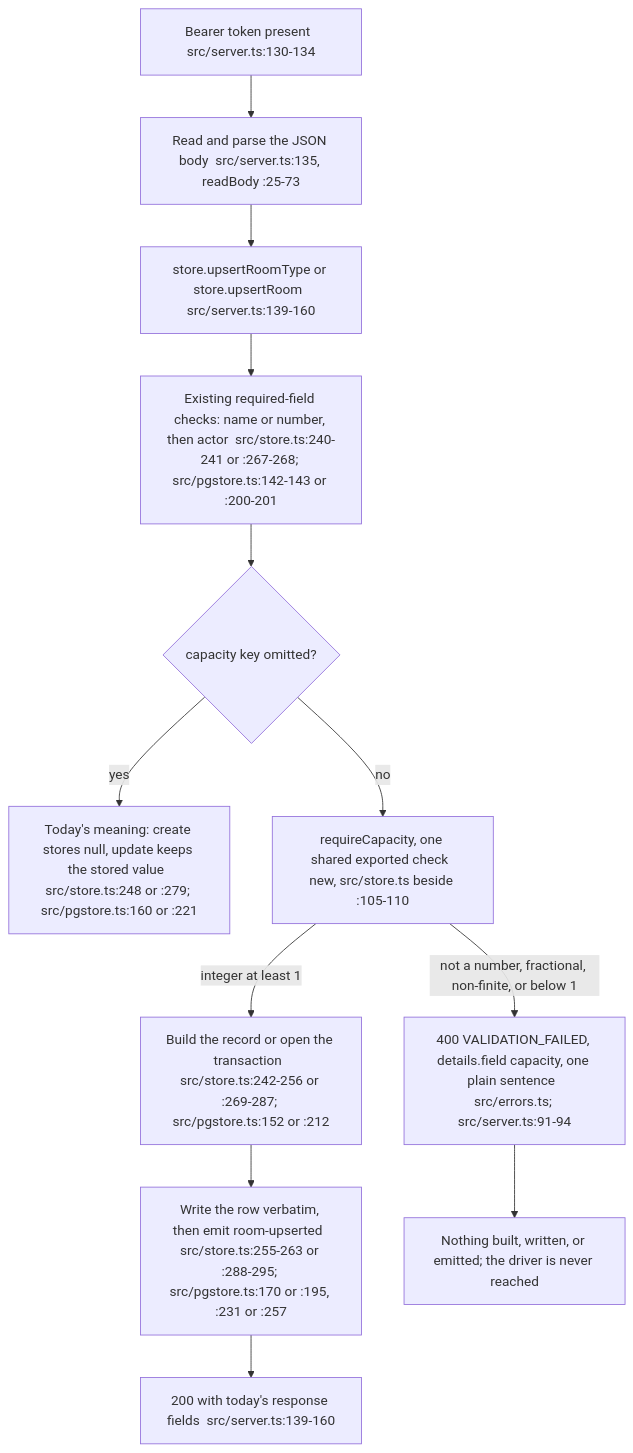
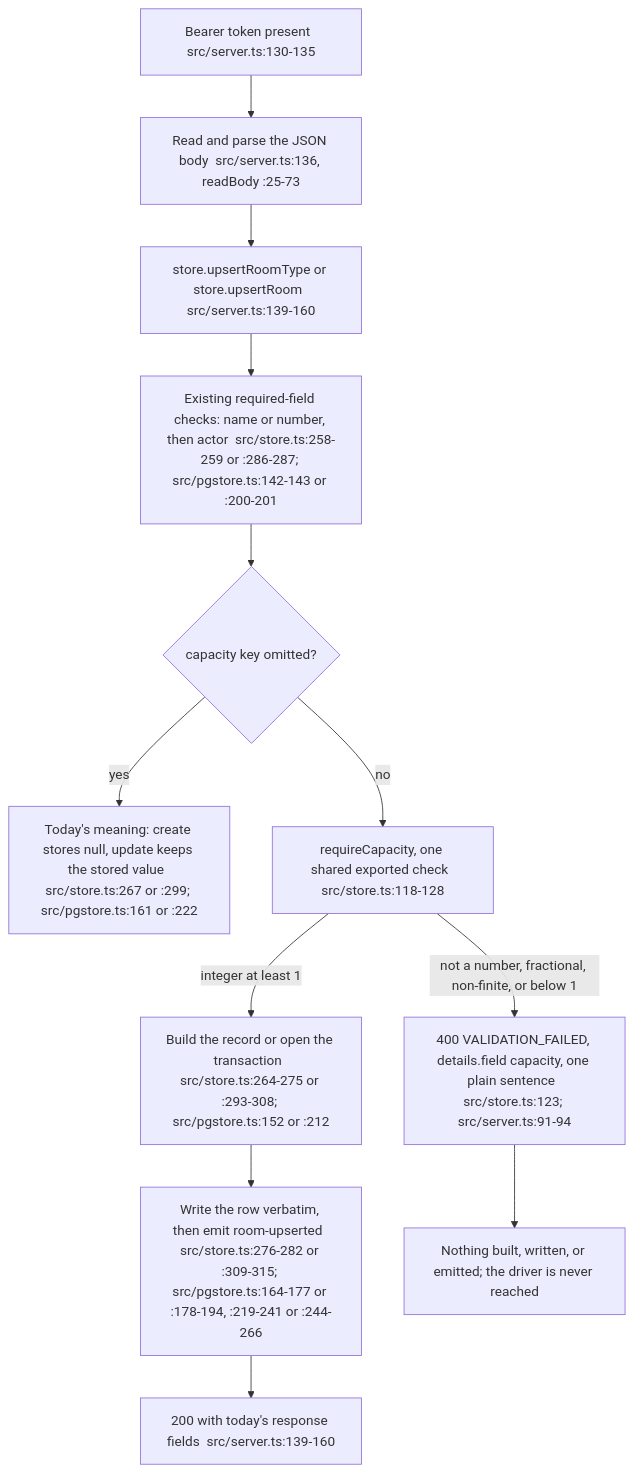
The fifth of 5 diagrams in docs/architecture/services/rooms.md (MingChen1501/hotel-mgmt), drawn with Mermaid before and after one commit. The commit also changed other lines of this file and 5 other files, not shown here.

First line of the commit message:
docs(testing): Record #637 capacity evidence and as-built pins

````diff
--- a/docs/architecture/services/rooms.md
+++ b/docs/architecture/services/rooms.md
@@ -317,14 +318,14 @@
 ```mermaid
 flowchart TD
-    A[Bearer token present  src/server.ts:130-134] --> B[Read and parse the JSON body  src/server.ts:135, readBody :25-73]
+    A[Bearer token present  src/server.ts:130-135] --> B[Read and parse the JSON body  src/server.ts:136, readBody :25-73]
     B --> C[store.upsertRoomType or store.upsertRoom  src/server.ts:139-160]
-    C --> D[Existing required-field checks: name or number, then actor  src/store.ts:240-241 or :267-268; src/pgstore.ts:142-143 or :200-201]
+    C --> D[Existing required-field checks: name or number, then actor  src/store.ts:258-259 or :286-287; src/pgstore.ts:142-143 or :200-201]
     D --> E{capacity key omitted?}
-    E -->|yes| F[Today's meaning: create stores null, update keeps the stored value  src/store.ts:248 or :279; src/pgstore.ts:160 or :221]
-    E -->|no| G[requireCapacity, one shared exported check  new, src/store.ts beside :105-110]
-    G -->|not a number, fractional, non-finite, or below 1| R[400 VALIDATION_FAILED, details.field capacity, one plain sentence  src/errors.ts; src/server.ts:91-94]
-    G -->|integer at least 1| H[Build the record or open the transaction  src/store.ts:242-256 or :269-287; src/pgstore.ts:152 or :212]
-    H --> I[Write the row verbatim, then emit room-upserted  src/store.ts:255-263 or :288-295; src/pgstore.ts:170 or :195, :231 or :257]
+    E -->|yes| F[Today's meaning: create stores null, update keeps the stored value  src/store.ts:267 or :299; src/pgstore.ts:161 or :222]
+    E -->|no| G[requireCapacity, one shared exported check  src/store.ts:118-128]
+    G -->|not a number, fractional, non-finite, or below 1| R[400 VALIDATION_FAILED, details.field capacity, one plain sentence  src/store.ts:123; src/server.ts:91-94]
+    G -->|integer at least 1| H[Build the record or open the transaction  src/store.ts:264-275 or :293-308; src/pgstore.ts:152 or :212]
+    H --> I[Write the row verbatim, then emit room-upserted  src/store.ts:276-282 or :309-315; src/pgstore.ts:164-177 or :178-194, :219-241 or :244-266]
     I --> J[200 with today's response fields  src/server.ts:139-160]
     R --> N[Nothing built, written, or emitted; the driver is never reached]
 ```
````
